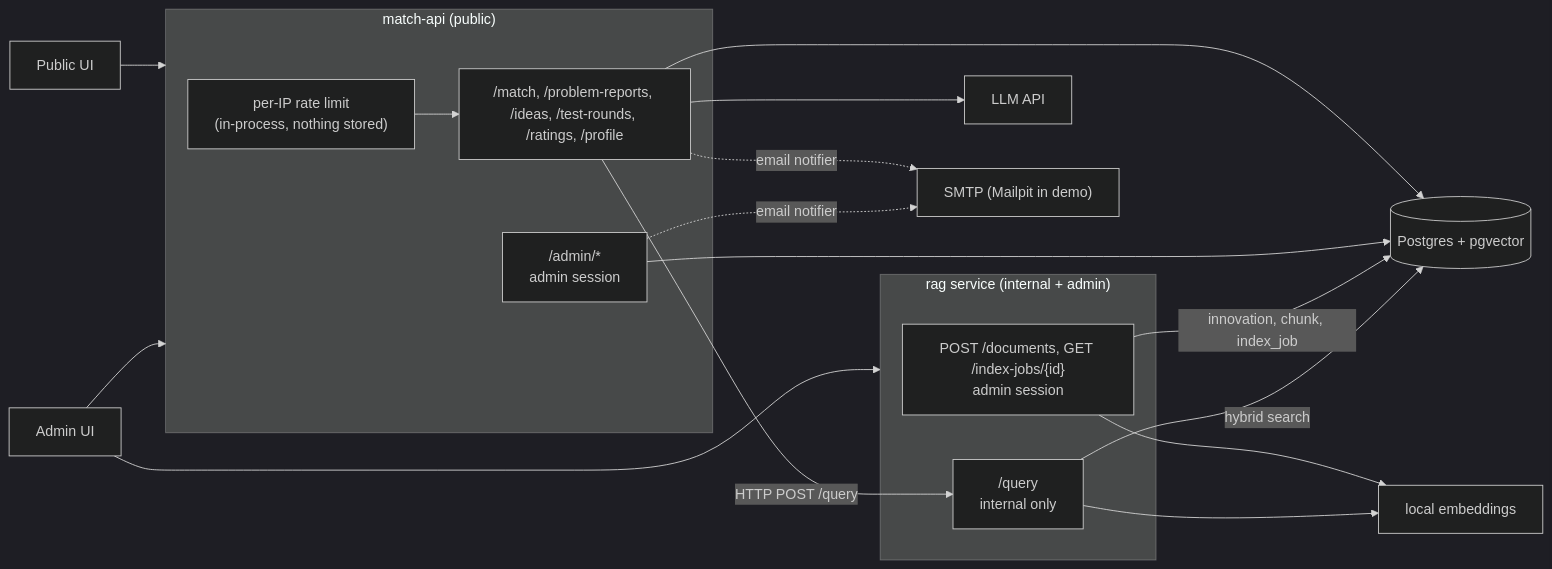
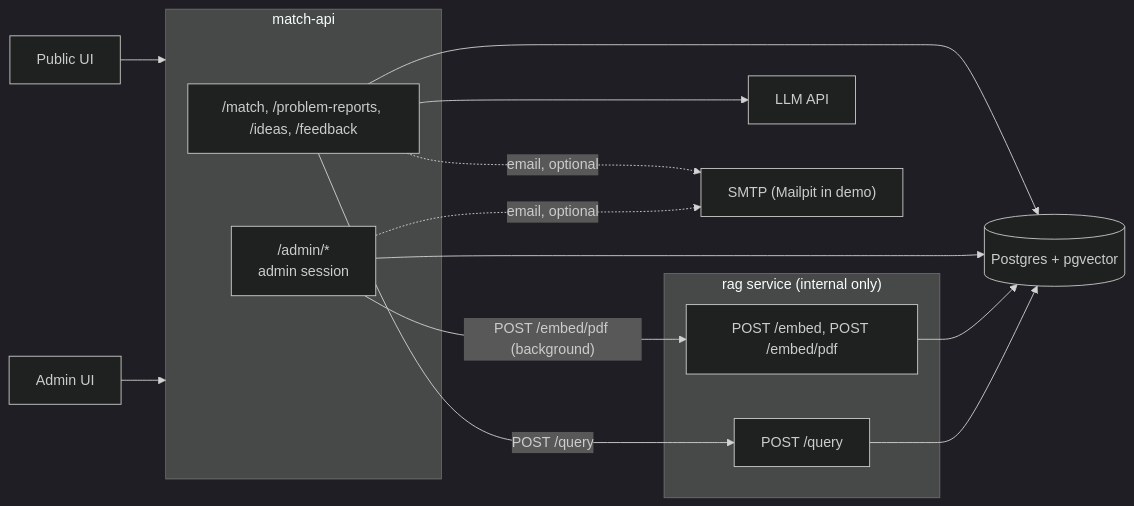
One commit to DziadBud/HackYeah2026 changed the first of 4 diagrams in documentation/backend/architecture.md. Above: the diagram before and after it, drawn with Mermaid (dark theme). The commit also changed other lines of this file and 4 other files, not shown here.

````diff
--- a/documentation/backend/architecture.md
+++ b/documentation/backend/architecture.md
@@ -13,31 +15,26 @@
 ```mermaid
 flowchart LR
     PUI[Public UI] --> API
     AUI[Admin UI] --> API
-    AUI --> RAG
 
-    subgraph API["match-api (public)"]
-        RL["per-IP rate limit<br/>(in-process, nothing stored)"]
-        PUB["/match, /problem-reports, /ideas, /test-rounds, /ratings, /profile"]
+    subgraph API["match-api"]
+        PUB["/match, /problem-reports, /ideas, /feedback"]
         ADM["/admin/*<br/>admin session"]
     end
 
-    subgraph RAG["rag service (internal + admin)"]
-        IMP["POST /documents, GET /index-jobs/{id}<br/>admin session"]
-        QRY["/query<br/>internal only"]
+    subgraph RAG["rag service (internal only)"]
+        EMBED["POST /embed, POST /embed/pdf"]
+        QRY["POST /query"]
     end
 
     DB[("Postgres + pgvector")]
     LLM[LLM API]
-    EMB[local embeddings]
     SMTP["SMTP (Mailpit in demo)"]
 
-    RL --> PUB
     PUB & ADM --> DB
-    PUB & ADM -. "email notifier" .-> SMTP
-    PUB -- "HTTP POST /query" --> QRY
+    PUB -- "POST /query" --> QRY
+    ADM -- "POST /embed/pdf (background)" --> EMBED
     PUB --> LLM
-    IMP & QRY --> EMB
-    IMP -- "innovation, chunk, index_job" --> DB
-    QRY -- "hybrid search" --> DB
+    PUB & ADM -. "email, optional" .-> SMTP
+    EMBED & QRY --> DB
 ```
````
